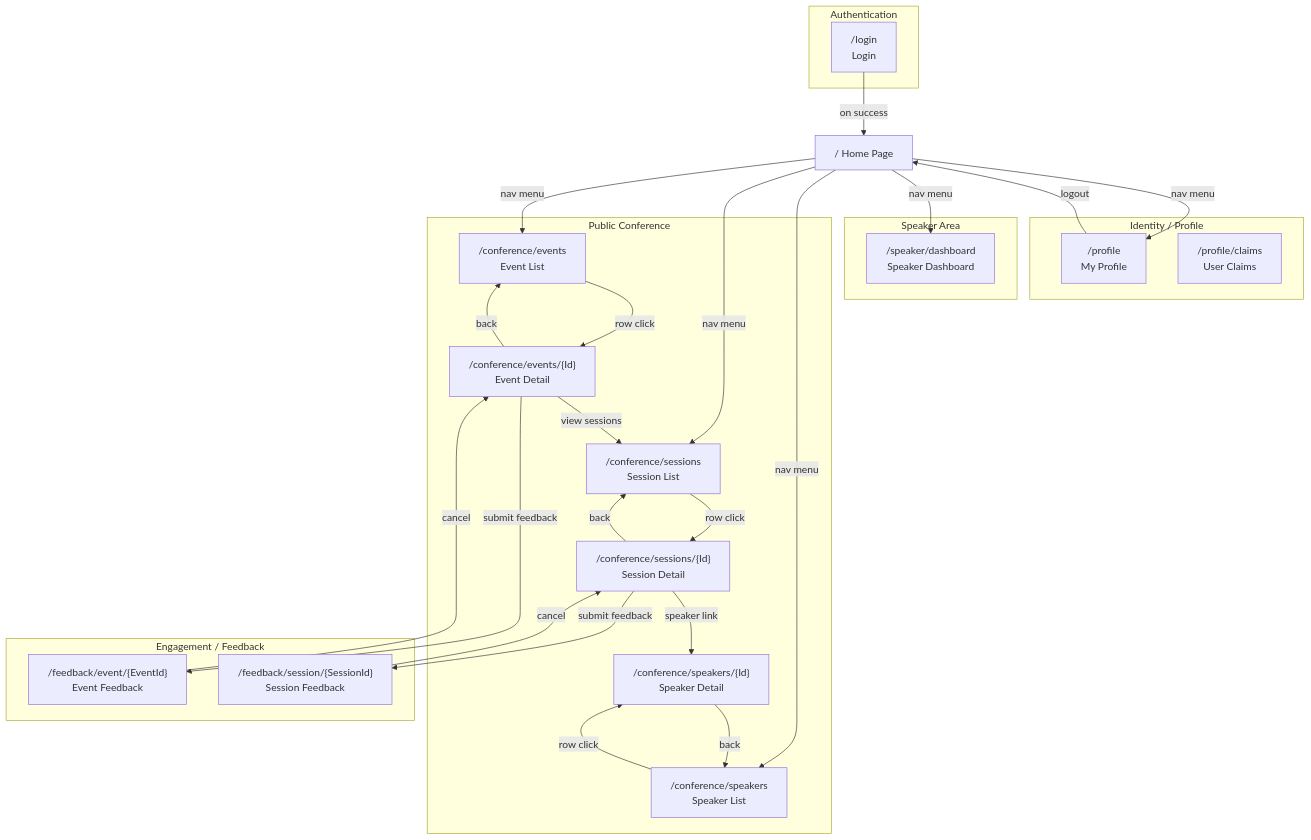
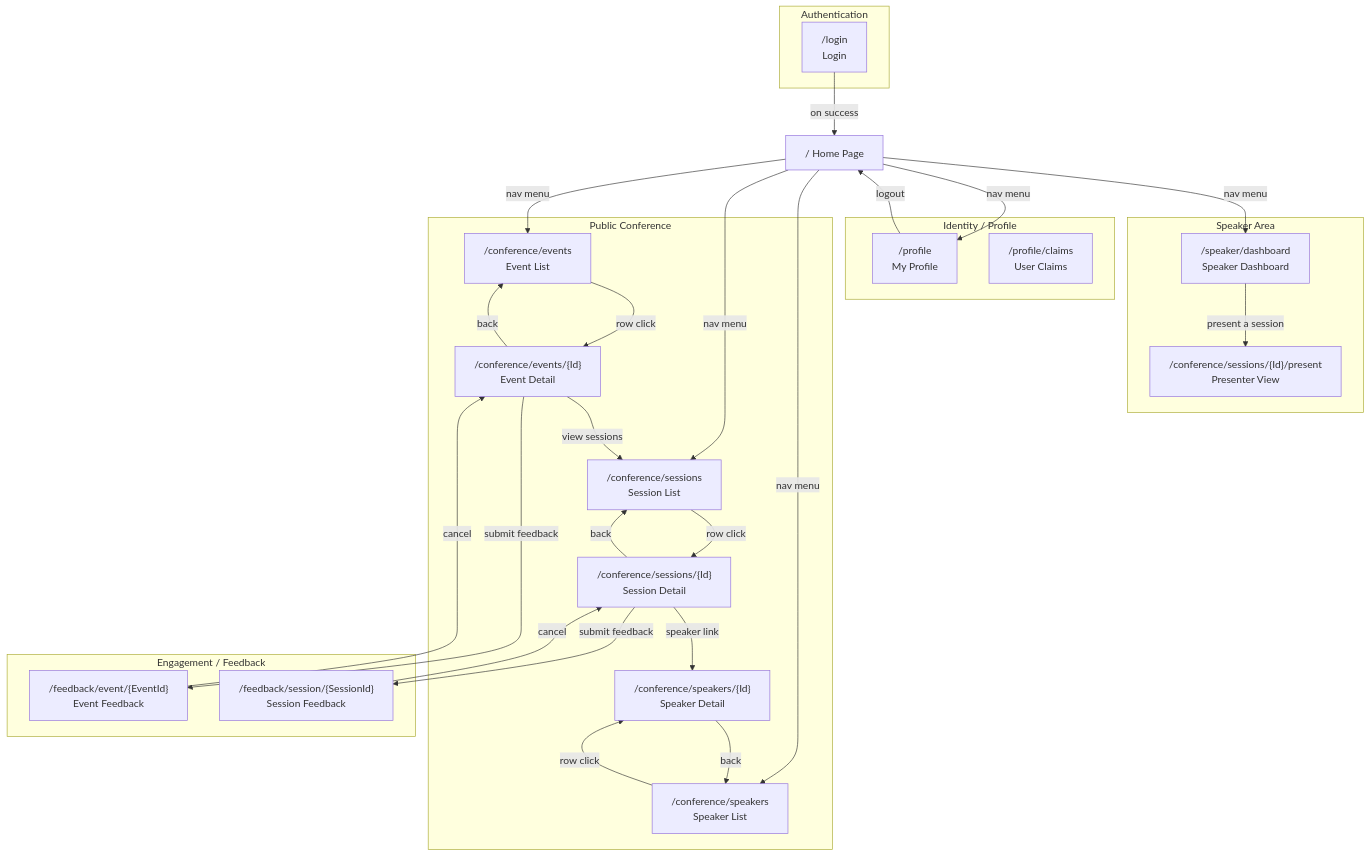
One commit to ivanball/ivanball.github.io changed the third of 11 diagrams in docs-src/guides/adc-NavigationFlow.md. Above: the diagram before and after it, drawn with Mermaid. The commit also changed other lines of this file and 82 other files, not shown here.

````diff
--- a/docs-src/guides/adc-NavigationFlow.md
+++ b/docs-src/guides/adc-NavigationFlow.md
@@ -127,56 +137,59 @@
 ```mermaid
 flowchart TD
     subgraph Auth["Authentication"]
         Login["/login<br/>Login"]
     end
 
     subgraph Profile["Identity / Profile"]
         MyProfile["/profile<br/>My Profile"]
         Claims["/profile/claims<br/>User Claims"]
     end
 
     subgraph Speaker["Speaker Area"]
         Dashboard["/speaker/dashboard<br/>Speaker Dashboard"]
+        Presenter["/conference/sessions/{Id}/present<br/>Presenter View"]
     end
 
     subgraph Public["Public Conference"]
         PubEvents["/conference/events<br/>Event List"]
         PubEventDetail["/conference/events/{Id}<br/>Event Detail"]
         PubSessions["/conference/sessions<br/>Session List"]
         PubSessionDetail["/conference/sessions/{Id}<br/>Session Detail"]
         PubSpeakers["/conference/speakers<br/>Speaker List"]
         PubSpeakerDetail["/conference/speakers/{Id}<br/>Speaker Detail"]
     end
 
     subgraph Engagement["Engagement / Feedback"]
         EventFeedback["/feedback/event/{EventId}<br/>Event Feedback"]
         SessionFeedback["/feedback/session/{SessionId}<br/>Session Feedback"]
     end
 
     Home["/  Home Page"]
 
     Home -->|nav menu| PubEvents
     Home -->|nav menu| PubSessions
     Home -->|nav menu| PubSpeakers
     Home -->|nav menu| MyProfile
     Home -->|nav menu| Dashboard
 
+    Dashboard -->|present a session| Presenter
+
     Login -->|on success| Home
     MyProfile -->|logout| Home
 
     PubEvents -->|row click| PubEventDetail
     PubEventDetail -->|back| PubEvents
     PubEventDetail -->|view sessions| PubSessions
     PubEventDetail -->|submit feedback| EventFeedback
 
     PubSessions -->|row click| PubSessionDetail
     PubSessionDetail -->|back| PubSessions
     PubSessionDetail -->|speaker link| PubSpeakerDetail
     PubSessionDetail -->|submit feedback| SessionFeedback
 
     PubSpeakers -->|row click| PubSpeakerDetail
     PubSpeakerDetail -->|back| PubSpeakers
 
     EventFeedback -->|cancel| PubEventDetail
     SessionFeedback -->|cancel| PubSessionDetail
 ```
````
